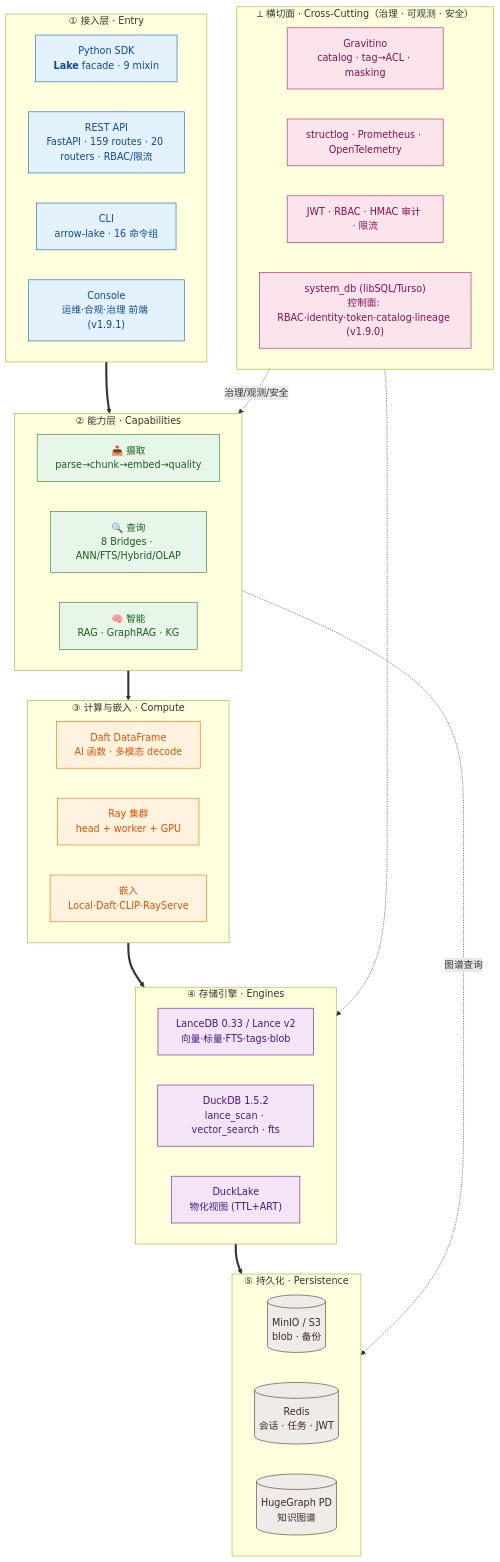
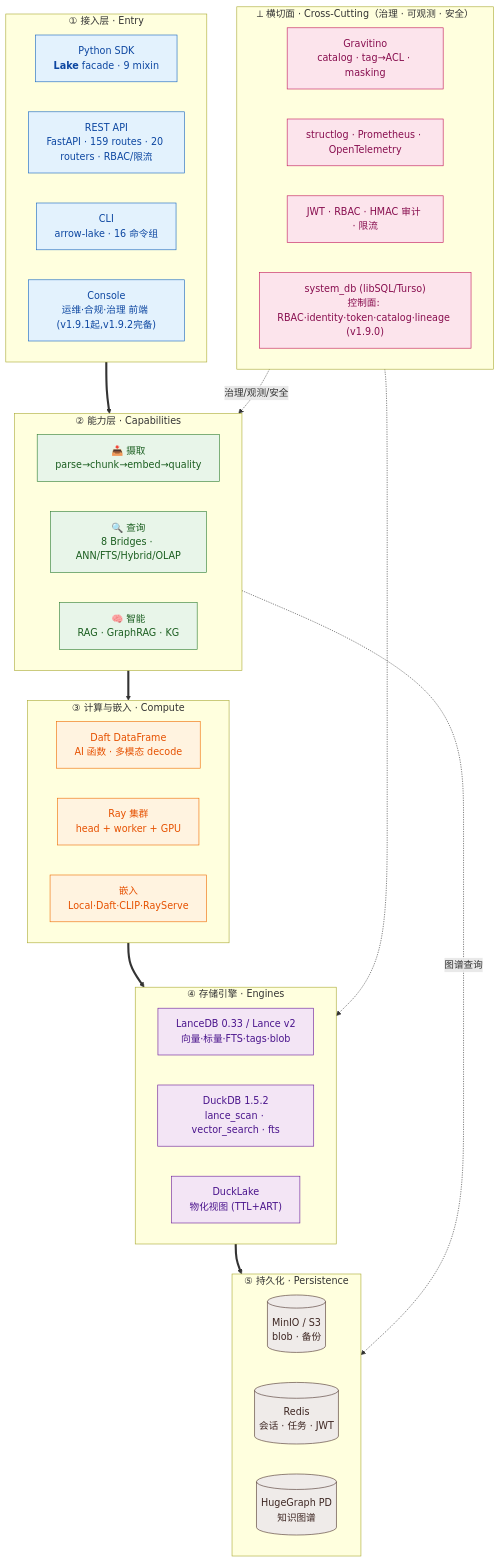
The first of 4 diagrams in docs/ARCHITECTURE.md (witsmaotech/arrow-lake), drawn with Mermaid before and after one commit. The commit also changed other lines of this file and 5 other files, not shown here.

````diff
--- a/docs/ARCHITECTURE.md
+++ b/docs/ARCHITECTURE.md
@@ -80,56 +80,56 @@
 ```mermaid
 flowchart TD
     classDef l1 fill:#e3f2fd,stroke:#1565c0,color:#0d47a1
     classDef l2 fill:#e8f5e9,stroke:#2e7d32,color:#1b5e20
     classDef l3 fill:#fff3e0,stroke:#ef6c00,color:#e65100
     classDef l4 fill:#f3e5f5,stroke:#6a1b9a,color:#4a148c
     classDef l5 fill:#efebe9,stroke:#4e342e,color:#3e2723
     classDef cc fill:#fce4ec,stroke:#c2185b,color:#880e4f
 
     subgraph L1["① 接入层 · Entry"]
       direction LR
       SDK["Python SDK<br/><b>Lake</b> facade · 9 mixin"]:::l1
       REST["REST API<br/>FastAPI · 159 routes · 20 routers · RBAC/限流"]:::l1
       CLI["CLI<br/>arrow-lake · 16 命令组"]:::l1
-      CONSOLE["Console<br/>运维·合规·治理 前端 (v1.9.1)"]:::l1
+      CONSOLE["Console<br/>运维·合规·治理 前端 (v1.9.1起,v1.9.2完备)"]:::l1
     end
     subgraph L2["② 能力层 · Capabilities"]
       direction LR
       INGEST["📥 摄取<br/>parse→chunk→embed→quality"]:::l2
       QUERY["🔍 查询<br/>8 Bridges · ANN/FTS/Hybrid/OLAP"]:::l2
       INTEL["🧠 智能<br/>RAG · GraphRAG · KG"]:::l2
     end
     subgraph L3["③ 计算与嵌入 · Compute"]
       direction LR
       DAFT["Daft DataFrame<br/>AI 函数 · 多模态 decode"]:::l3
       RAY["Ray 集群<br/>head + worker + GPU"]:::l3
       EMB["嵌入<br/>Local·Daft·CLIP·RayServe"]:::l3
     end
     subgraph L4["④ 存储引擎 · Engines"]
       direction LR
       LANCE["LanceDB 0.33 / Lance v2<br/>向量·标量·FTS·tags·blob"]:::l4
       DUCK["DuckDB 1.5.2<br/>lance_scan · vector_search · fts"]:::l4
       DLAKE["DuckLake<br/>物化视图 (TTL+ART)"]:::l4
     end
     subgraph L5["⑤ 持久化 · Persistence"]
       direction LR
       MINIO[("MinIO / S3<br/>blob · 备份")]:::l5
       REDIS[("Redis<br/>会话 · 任务 · JWT")]:::l5
       HG[("HugeGraph PD<br/>知识图谱")]:::l5
     end
     subgraph CC["⟂ 横切面 · Cross-Cutting（治理 · 可观测 · 安全）"]
       direction LR
       GRAV["Gravitino<br/>catalog · tag→ACL · masking"]:::cc
       OBS["structlog · Prometheus · OpenTelemetry"]:::cc
       SEC["JWT · RBAC · HMAC 审计 · 限流"]:::cc
       SYSDB["system_db (libSQL/Turso)<br/>控制面: RBAC·identity·token·catalog·lineage (v1.9.0)"]:::cc
     end
 
     %% 严格自上而下穿越（粗箭头 = 主调用链 / 分层骨架）
     L1 ==> L2 ==> L3 ==> L4 ==> L5
     %% 横切面贯穿能力层与引擎层（虚线 = 非主链）
     CC -. 治理/观测/安全 .-> L2
     CC -.-> L4
     %% 知识图谱旁路：能力层直达持久化
     INTEL -. 图谱查询 .-> HG
 ```
````
